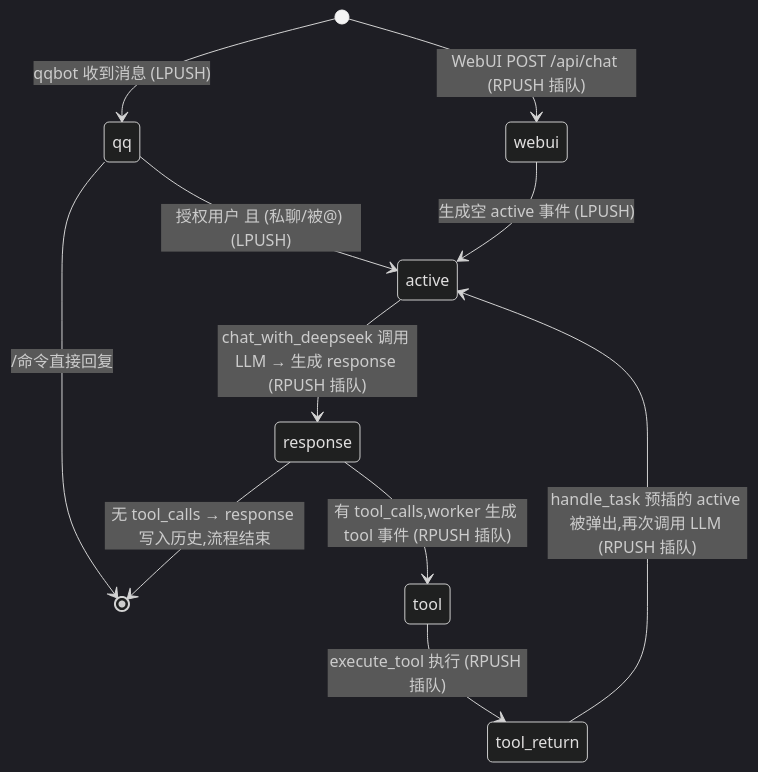
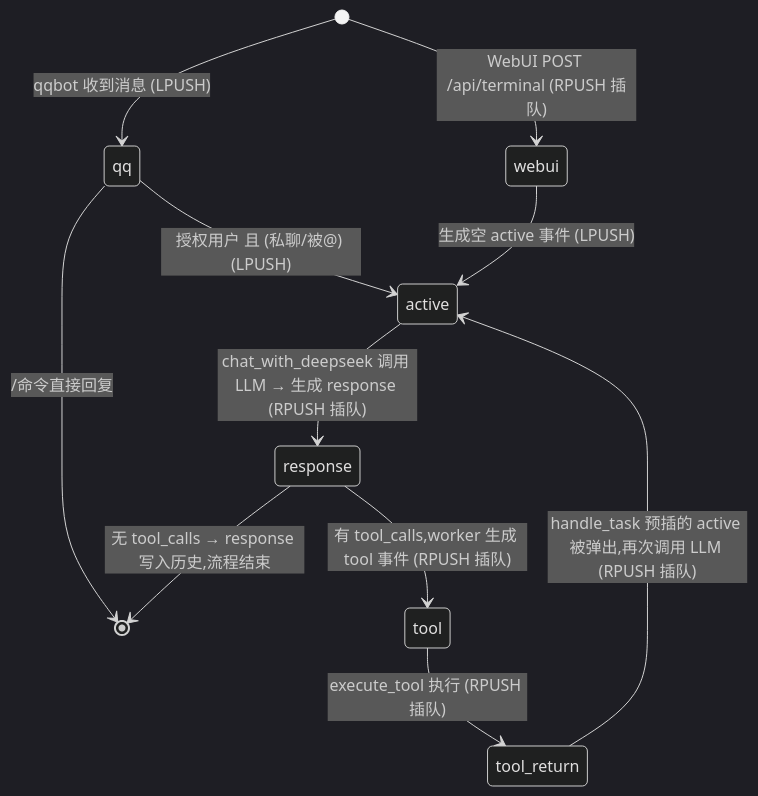
Before and after one commit to g-Ironfox/AAgent: the diagram in docs/02-事件与队列.md, drawn with Mermaid (dark theme). The commit also changed other lines of this file and 18 other files, not shown here.

````diff
--- a/docs/02-事件与队列.md
+++ b/docs/02-事件与队列.md
@@ -40,13 +40,13 @@
 ```mermaid
 stateDiagram-v2
     [*] --> qq: qqbot 收到消息 (LPUSH)
-    [*] --> webui: WebUI POST /api/chat (RPUSH 插队)
+    [*] --> webui: WebUI POST /api/terminal (RPUSH 插队)
     qq --> active: 授权用户 且 (私聊/被@) (LPUSH)
     qq --> [*]: /命令直接回复
     webui --> active: 生成空 active 事件 (LPUSH)
     active --> response: chat_with_deepseek 调用 LLM → 生成 response (RPUSH 插队)
     response --> [*]: 无 tool_calls → response 写入历史,流程结束
     response --> tool: 有 tool_calls,worker 生成 tool 事件 (RPUSH 插队)
     tool --> tool_return: execute_tool 执行 (RPUSH 插队)
     tool_return --> active: handle_task 预插的 active 被弹出,再次调用 LLM (RPUSH 插队)
 ```
````
